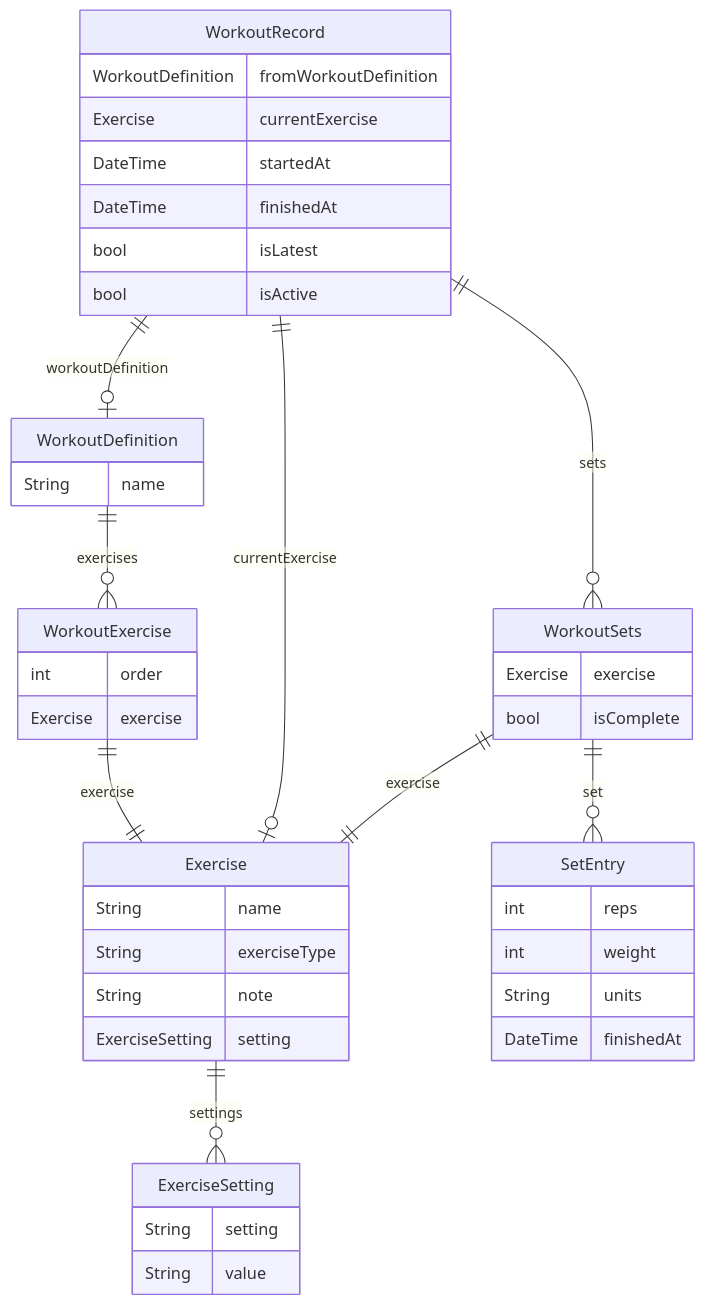
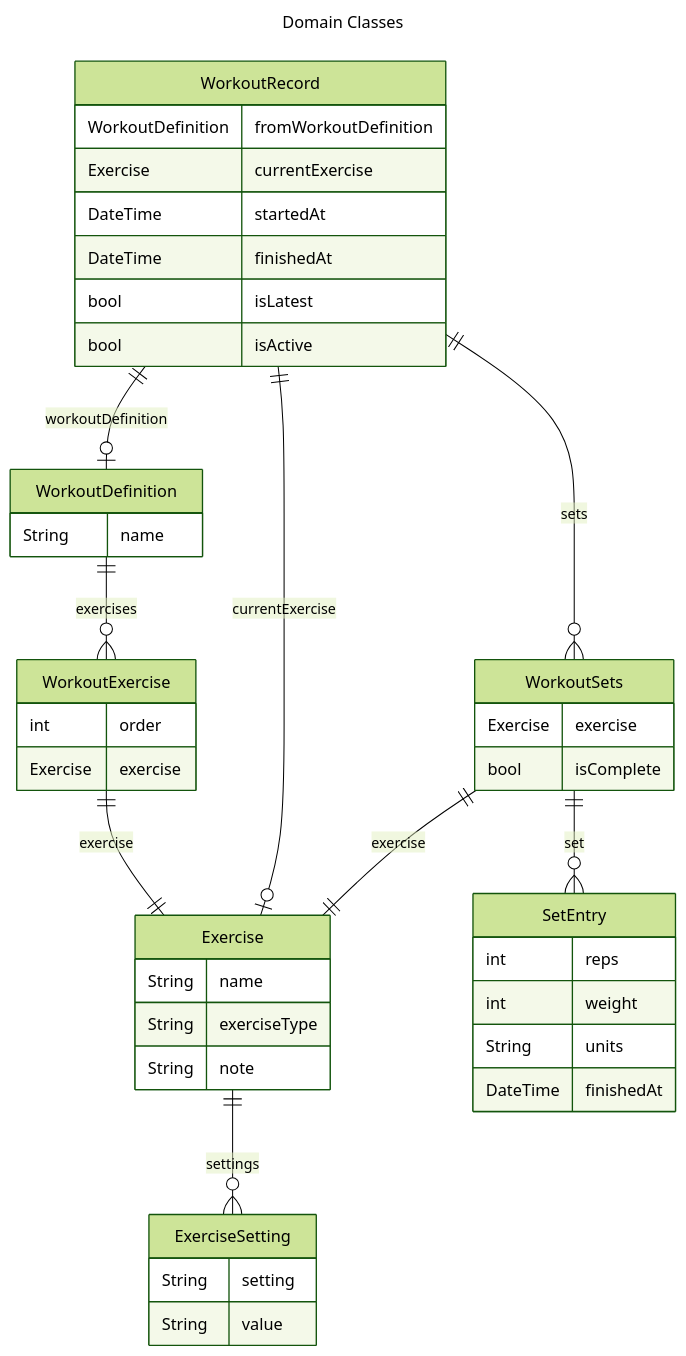
One commit to colin-young/workout-tracker changed the diagram in classes.md. Above: the diagram before and after it, drawn with Mermaid. The commit also changed 58 other files, not shown here.

````diff
--- a/classes.md
+++ b/classes.md
@@ -2,55 +2,61 @@
 ```mermaid
+---
+title: Domain Classes
+config:
+  theme: forest
+  er:
+    layoutDirection: TB
+---
 erDiagram
 
     Exercise ||--o{ ExerciseSetting : settings
     WorkoutExercise ||--|| Exercise : exercise
     WorkoutDefinition ||--o{ WorkoutExercise : exercises
     WorkoutSets ||--|| Exercise : exercise
     WorkoutSets ||--o{ SetEntry : set
     WorkoutRecord ||--o| WorkoutDefinition : workoutDefinition
     WorkoutRecord ||--o| Exercise : currentExercise
     WorkoutRecord ||--o{ WorkoutSets : sets
 
     ExerciseSetting {
         String setting
         String value
     }
 
     Exercise {
         String name
         String exerciseType
         String note
-        ExerciseSetting setting
     }
 
     SetEntry {
         int reps
         int weight
         String units
         DateTime finishedAt
     }
 
     WorkoutExercise {
         int order
         Exercise exercise
     }
 
     WorkoutDefinition{
         String name
     }
 
     WorkoutSets {
         Exercise exercise
         bool isComplete
     }
 
     WorkoutRecord {
         WorkoutDefinition fromWorkoutDefinition
         Exercise currentExercise
         DateTime startedAt
         DateTime finishedAt
         bool isLatest
         bool isActive
     }
 
 ```
````
